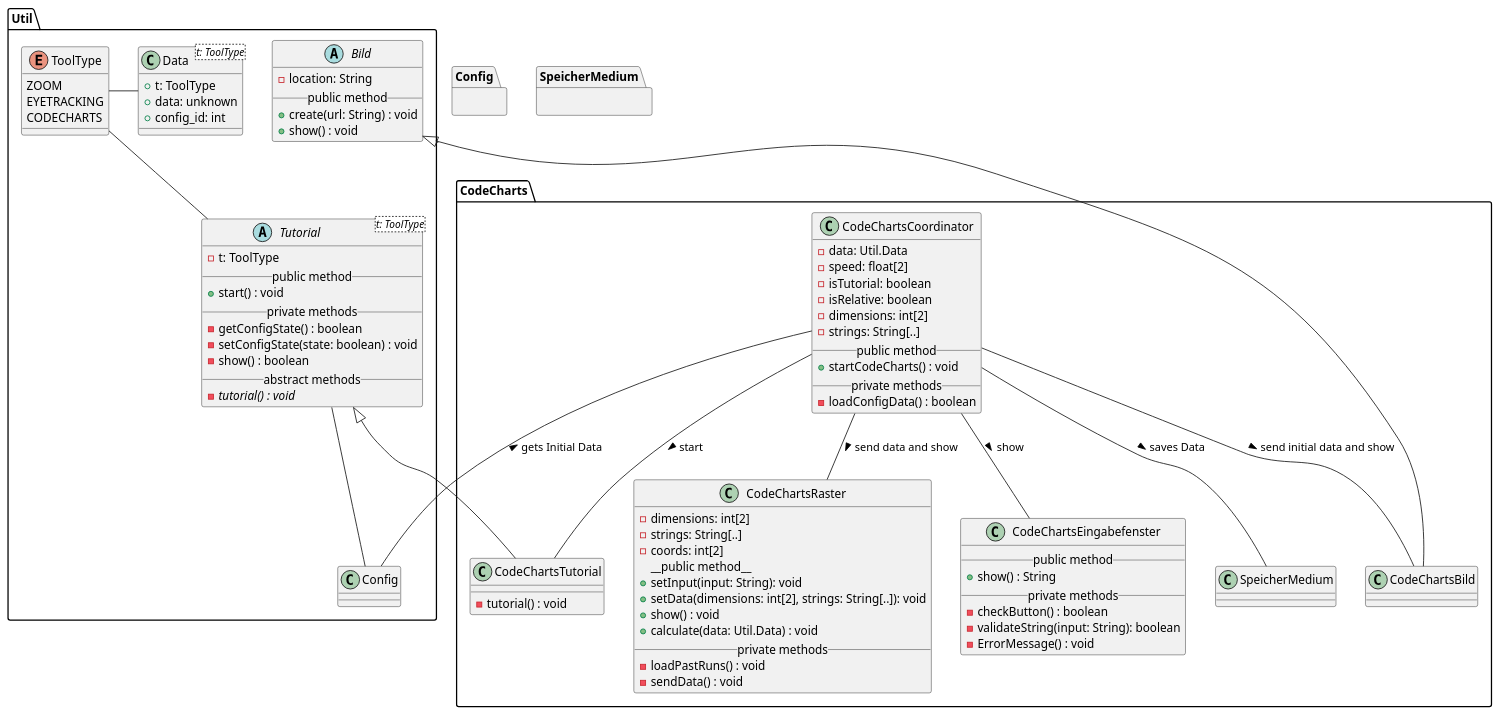
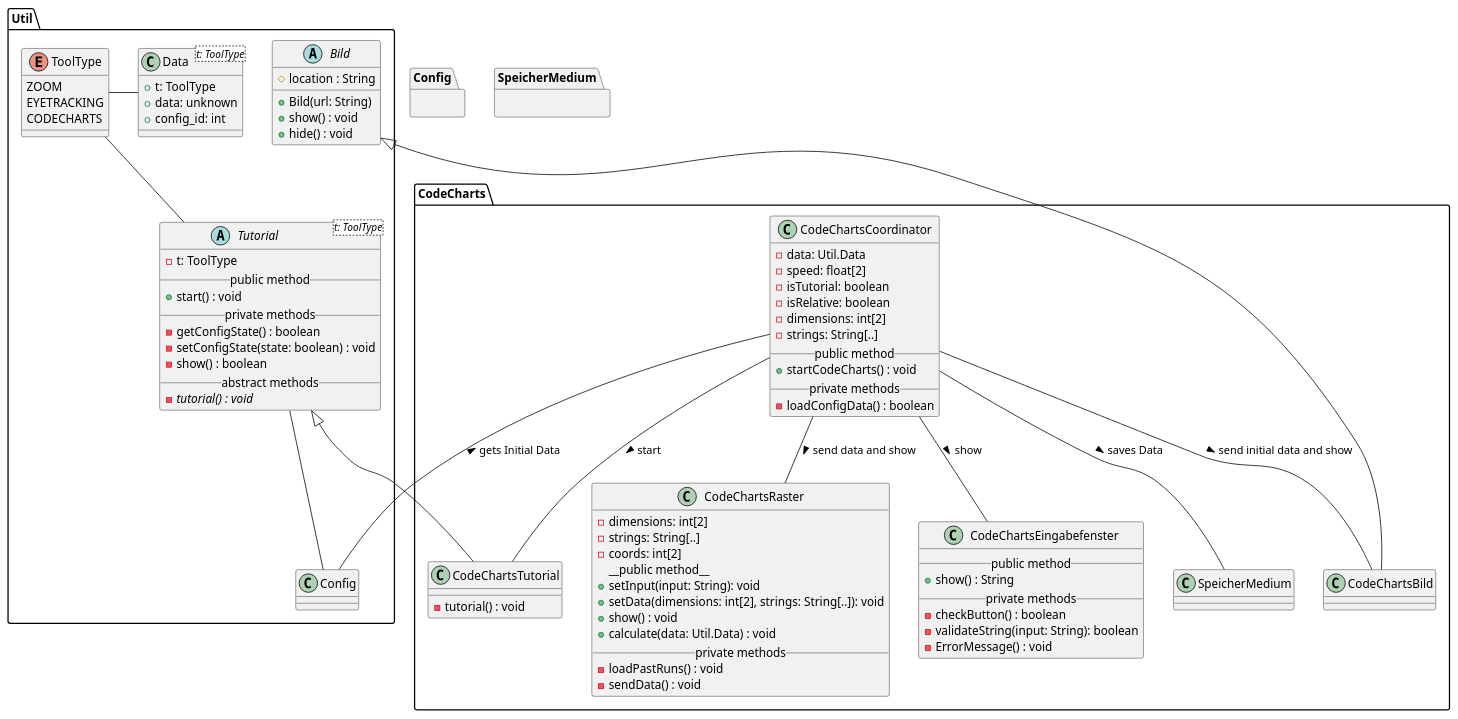
Before and after one commit to weichware10/meilensteine: the diagram in meilenstein_03/uml-code_charts/uml-code_charts.puml, drawn with PlantUML. The commit also changed 1 other file, not shown here.

```diff
--- a/meilenstein_03/uml-code_charts/uml-code_charts.puml
+++ b/meilenstein_03/uml-code_charts/uml-code_charts.puml
@@ -1,120 +1,120 @@
 @startuml code_charts
 ' skinparam backgroundColor transparent
 '() System #DA70D5
 top to bottom direction
 
 package Util {
     ' --- TUTORIAL ---
     abstract Tutorial<t: ToolType> {
       - t: ToolType
       __public method__
       + start() : void
       __private methods__
       - getConfigState() : boolean
       - setConfigState(state: boolean) : void
       - show() : boolean
       __abstract methods__
       - {abstract} tutorial() : void
     }
 
     enum ToolType {
-      ZOOM
-      EYETRACKING
-      CODECHARTS
+        ZOOM
+        EYETRACKING
+        CODECHARTS
     }
 
     ' Interaktionen
     Tutorial -u- ToolType
     Data -r- ToolType
     Tutorial -d- Config
 
 
     ' --- BILD ---
 
     abstract Bild {
-      - location: String
-      __public method__
-      + create(url: String) : void
-      + show() : void
+        # location : String
+        + Bild(url: String)
+        + show() : void
+        + hide() : void
     }
 
     class Data<t: ToolType> {
         + t: ToolType
         + data: unknown
         + config_id: int
     }
 }
 
 ' === CODE CHARTS ===
 package CodeCharts {
 
     ' CodeCharts Tutorial 
     class CodeChartsTutorial {
       - tutorial() : void
     }
   
     ' CodeCharts Coordinator
     class CodeChartsCoordinator {
         - data: Util.Data
         - speed: float[2]
         - isTutorial: boolean
         - isRelative: boolean
         - dimensions: int[2]
         - strings: String[..]
         __public method__
         + startCodeCharts() : void
         __private methods__
         - loadConfigData() : boolean
     }    
 
     ' CodeCharts Bild
     class CodeChartsBild {
     }
 
     ' CodeCharts Raster
     class CodeChartsRaster {
         - dimensions: int[2]
         - strings: String[..]
         - coords: int[2]
         __public method__ 
         + setInput(input: String): void
         + setData(dimensions: int[2], strings: String[..]): void
         + show() : void
         + calculate(data: Util.Data) : void
         __private methods__
         - loadPastRuns() : void
         - sendData() : void
     }
 
     ' CodeCharts Eingabefenster
     class CodeChartsEingabefenster {
         __public method__
         + show() : String
         __private methods__
         - checkButton() : boolean
         - validateString(input: String): boolean
         - ErrorMessage() : void
     }
 
     ' Vererbungen
     Bild <|-d- CodeChartsBild
     Tutorial <|-d- CodeChartsTutorial
 
     ' Interaktionen 
     CodeChartsCoordinator -- CodeChartsBild : > send initial data and show
     CodeChartsCoordinator -- CodeChartsRaster : > send data and show
     CodeChartsCoordinator -- CodeChartsEingabefenster : > show
     CodeChartsCoordinator -- CodeChartsTutorial : > start
 
     ' Andere Module
     CodeChartsCoordinator -- SpeicherMedium : > saves Data
     CodeChartsCoordinator -- Config : < gets Initial Data
   
 }
 
 ' Blackboxen / Andere Module
 package Config {}
 
 package SpeicherMedium {}
 
 @enduml
```
